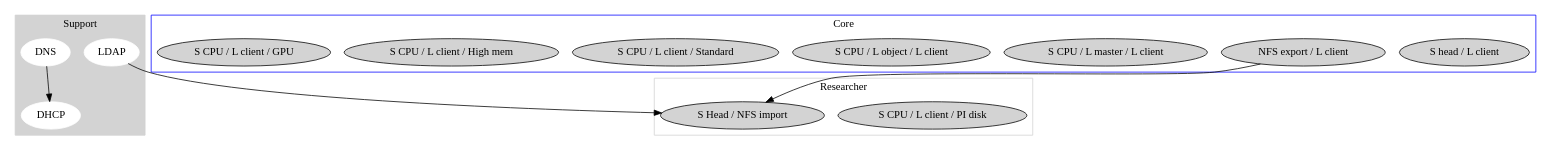
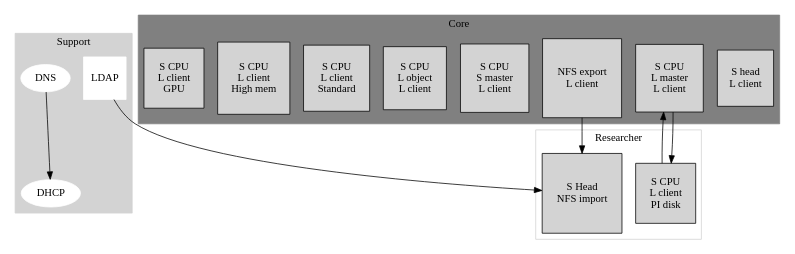
The diagram in docs/cluster.dot (tiagoantao/scientific-cluster), drawn with Graphviz before and after one commit.

Commit message:
arch changes

```diff
--- a/docs/cluster.dot
+++ b/docs/cluster.dot
@@ -1,39 +1,42 @@
 digraph G {
     subgraph cluster_support {
         style=filled;
         color=lightgrey;
         node [style=filled,color=white];
-        LDAP;
+        LDAP [shape=square];
         DNS;
 	DHCP;
 	DNS -> DHCP;
         label = "Support";
     }
 
     subgraph cluster_core {
-        color=lightgrey;
-        node [style=filled];
-        "S head / L client";
-	"NFS export / L client";
-        "S CPU / L master / L client";
-	"S CPU / L object / L client";
-	"S CPU / L client / Standard";
-	"S CPU / L client / High mem";
-	"S CPU / L client / GPU";
-	color=blue;
+        color=grey;
+	style=filled;
+        node [style=filled,shape=square];
+        "S head \n L client";
+	"NFS export \n L client";
+        "S CPU \n L master \n L client";
+        "S CPU \n S master \n L client";
+        "S CPU \n L object \n L client";
+	"S CPU \n L client \n Standard";
+	"S CPU \n L client \n High mem";
+	"S CPU \n L client \n GPU";
         label = "Core";
     }
 
     subgraph cluster_pi {
         color=lightgrey;
-        node [style=filled];
-	"S CPU / L client / PI disk";
-	"S Head / NFS import"
+        node [style=filled,shape=square];
+	"S CPU \n L client \n PI disk";
+	"S Head \n NFS import"
 
         label = "Researcher";
     }
 
 
-   "NFS export / L client" -> "S Head / NFS import";
-   LDAP -> "S Head / NFS import";
+   "NFS export \n L client" -> "S Head \n NFS import";
+   LDAP -> "S Head \n NFS import";
+   "S CPU \n L master \n L client" -> "S CPU \n L client \n PI disk";
+   "S CPU \n L client \n PI disk" -> "S CPU \n L master \n L client";
 }
```
